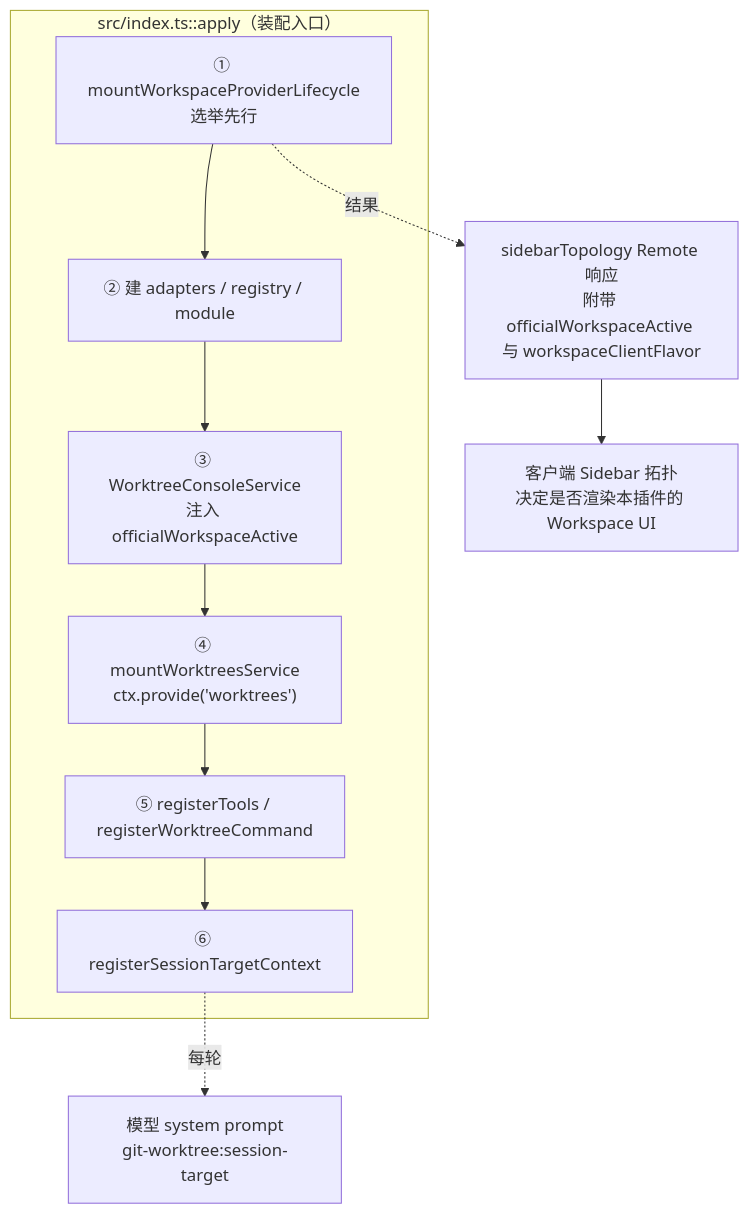
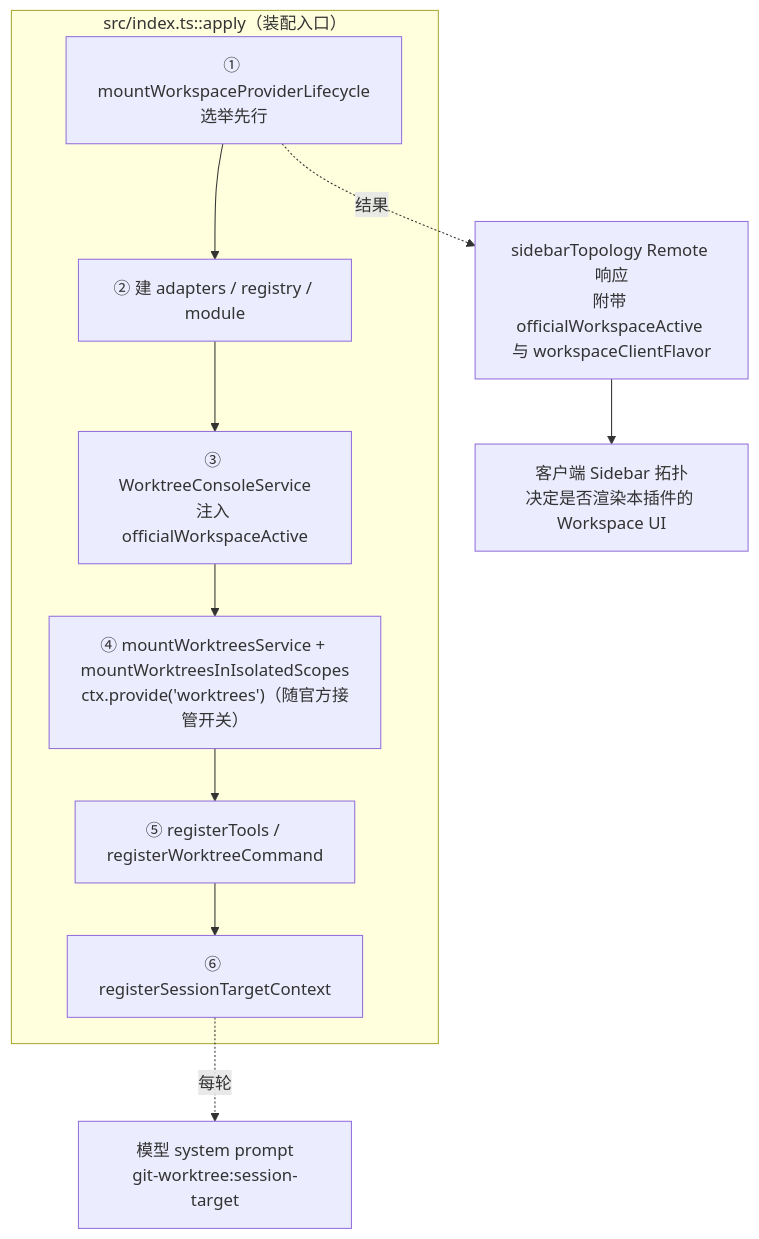
One commit to ikliml666/dsh-git-workspace changed the seventh of 7 diagrams in .codewiki/_native-state/docs/core_worktree_domain_and_infrastructure/session_checkout_domain/session_checkout_runtime/workspace_provider_lifecycle.md. Above: the diagram before and after it, drawn with Mermaid. The commit also changed 55 other files, not shown here.

````diff
--- a/.codewiki/_native-state/docs/core_worktree_domain_and_infrastructure/session_checkout_domain/session_checkout_runtime/workspace_provider_lifecycle.md
+++ b/.codewiki/_native-state/docs/core_worktree_domain_and_infrastructure/session_checkout_domain/session_checkout_runtime/workspace_provider_lifecycle.md
@@ -201,17 +201,17 @@
 ```mermaid
 flowchart TB
     subgraph Index["src/index.ts::apply（装配入口）"]
         A1["① mountWorkspaceProviderLifecycle<br/>选举先行"]
         A2["② 建 adapters / registry / module"]
         A3["③ WorktreeConsoleService<br/>注入 officialWorkspaceActive"]
-        A4["④ mountWorktreesService<br/>ctx.provide('worktrees')"]
+        A4["④ mountWorktreesService + mountWorktreesInIsolatedScopes<br/>ctx.provide('worktrees')（随官方接管开关）"]
         A5["⑤ registerTools / registerWorktreeCommand"]
         A6["⑥ registerSessionTargetContext"]
     end
 
     A1 --> A2 --> A3 --> A4 --> A5 --> A6
 
     A1 -.->|"结果"| Svc["sidebarTopology Remote 响应<br/>附带 officialWorkspaceActive 与 workspaceClientFlavor"]
     A6 -.->|"每轮"| Prompt["模型 system prompt<br/>git-worktree:session-target"]
     Svc --> Client["客户端 Sidebar 拓扑<br/>决定是否渲染本插件的 Workspace UI"]
 ```
````
